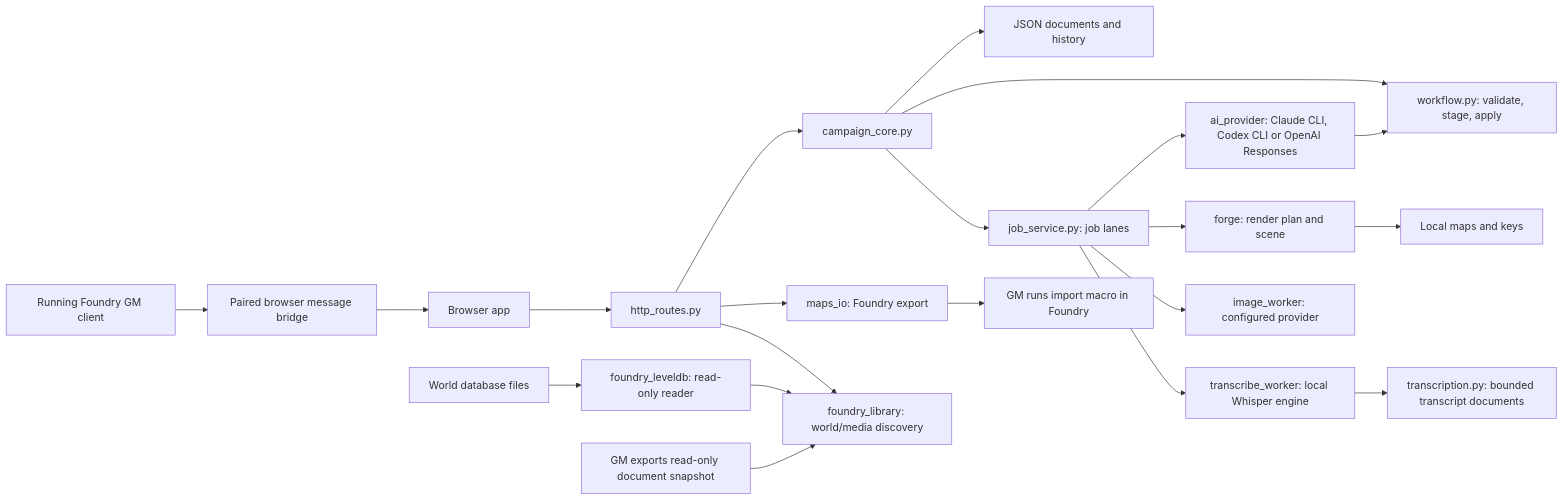
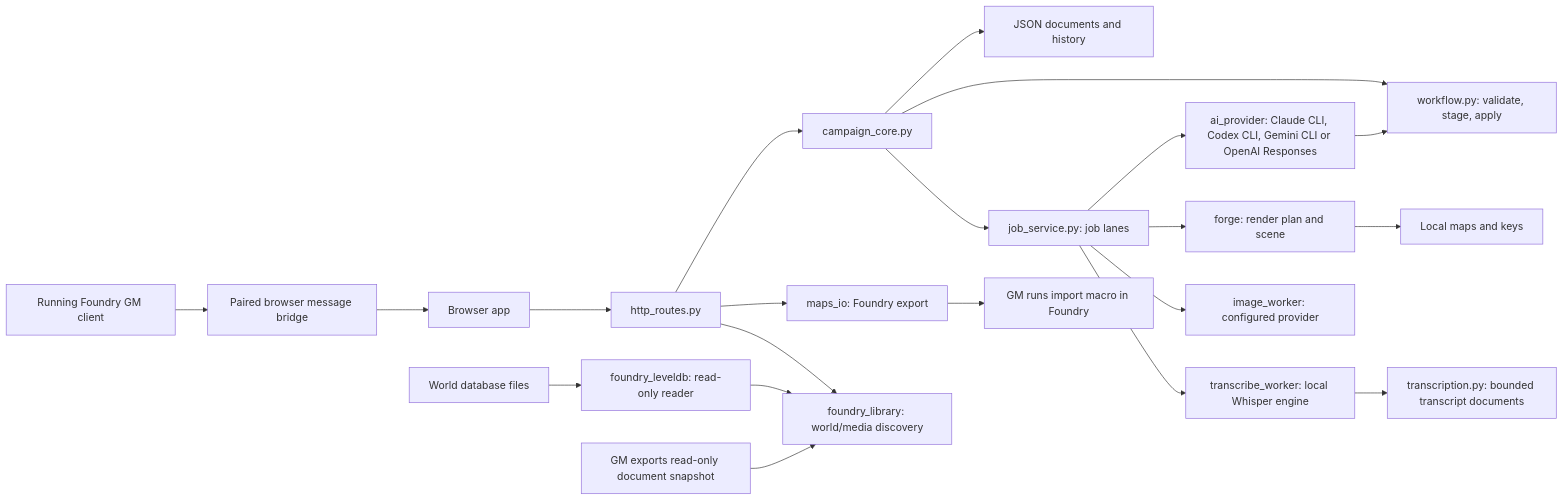
Before and after one commit to LimtlessLtd/campaign-studio: the diagram in docs/ARCHITECTURE.md, drawn with Mermaid. The commit also changed other lines of this file and 15 other files, not shown here.

First line of the commit message:
Add the signed-in Gemini CLI as a draft provider

````diff
--- a/docs/ARCHITECTURE.md
+++ b/docs/ARCHITECTURE.md
@@ -6,21 +6,21 @@
 ```mermaid
 flowchart LR
   UI[Browser app] --> HTTP[http_routes.py]
   HTTP --> Core[campaign_core.py]
   Core --> Docs[JSON documents and history]
   Core --> WF[workflow.py: validate, stage, apply]
   Core --> Queue[job_service.py: job lanes]
-  Queue --> AI[ai_provider: Claude CLI, Codex CLI or OpenAI Responses]
+  Queue --> AI[ai_provider: Claude CLI, Codex CLI, Gemini CLI or OpenAI Responses]
   AI --> WF
   Queue --> Forge[forge: render plan and scene]
   Queue --> Art[image_worker: configured provider]
   Queue --> Speech[transcribe_worker: local Whisper engine]
   Speech --> Transcripts[transcription.py: bounded transcript documents]
   Forge --> Maps[Local maps and keys]
   HTTP --> Export[maps_io: Foundry export]
   Export --> Macro[GM runs import macro in Foundry]
   HTTP --> Library[foundry_library: world/media discovery]
   WorldFiles[World database files] --> LevelDB[foundry_leveldb: read-only reader] --> Library
   FoundrySnapshot[GM exports read-only document snapshot] --> Library
   FoundryGM[Running Foundry GM client] --> Bridge[Paired browser message bridge] --> UI
 ```
````
